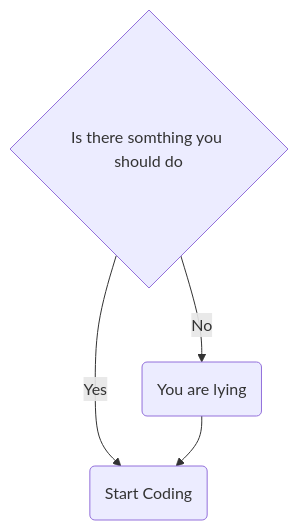
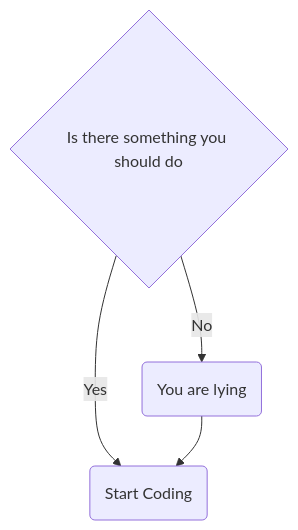
Before and after one commit to NoneelPrasad/NoneelPrasad: the diagram in README.md, drawn with Mermaid.

````diff
--- a/README.md
+++ b/README.md
@@ -21,6 +21,6 @@
 ```mermaid
 graph TD
-    A{Is there somthing you should do} -->|Yes| B(Start Coding)
+    A{Is there something you should do} -->|Yes| B(Start Coding)
     A -->|No| C(You are lying)
     C --> B 
   ```
````
